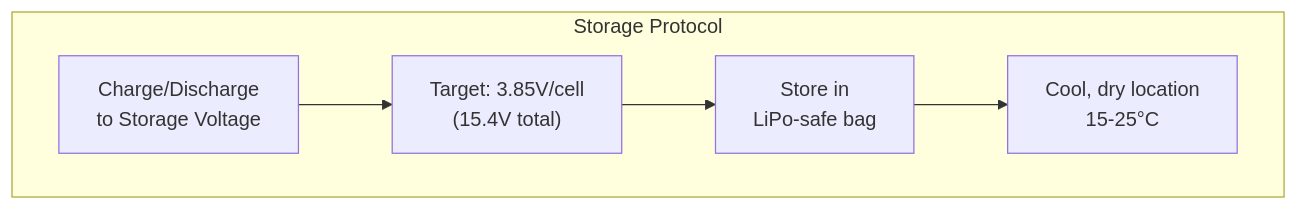
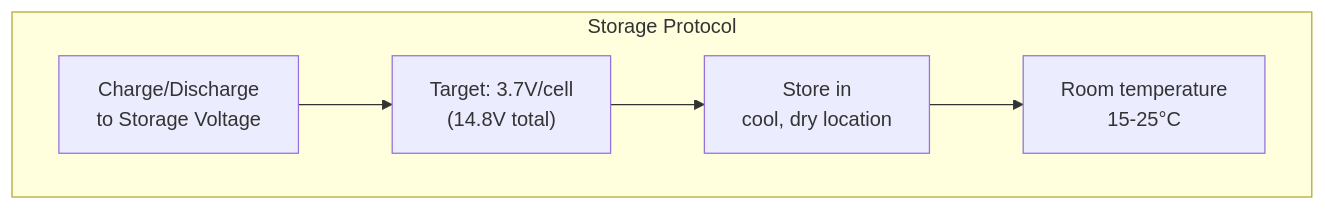
One commit to Bumply/ANKA-IREC-2026 changed the fourth of 12 diagrams in docs/power-system.md. Above: the diagram before and after it, drawn with Mermaid. The commit also changed other lines of this file and 4 other files, not shown here.

````diff
--- a/docs/power-system.md
+++ b/docs/power-system.md
@@ -135,11 +150,11 @@
 ```mermaid
 flowchart TB
     subgraph STORAGE["Storage Protocol"]
         CHARGE_ST["Charge/Discharge<br/>to Storage Voltage"]
-        VOLTAGE["Target: 3.85V/cell<br/>(15.4V total)"]
-        CONTAINER["Store in<br/>LiPo-safe bag"]
-        LOCATION["Cool, dry location<br/>15-25°C"]
+        VOLTAGE["Target: 3.7V/cell<br/>(14.8V total)"]
+        CONTAINER["Store in<br/>cool, dry location"]
+        LOCATION["Room temperature<br/>15-25°C"]
     end
 
     CHARGE_ST --> VOLTAGE --> CONTAINER --> LOCATION
 ```
````
